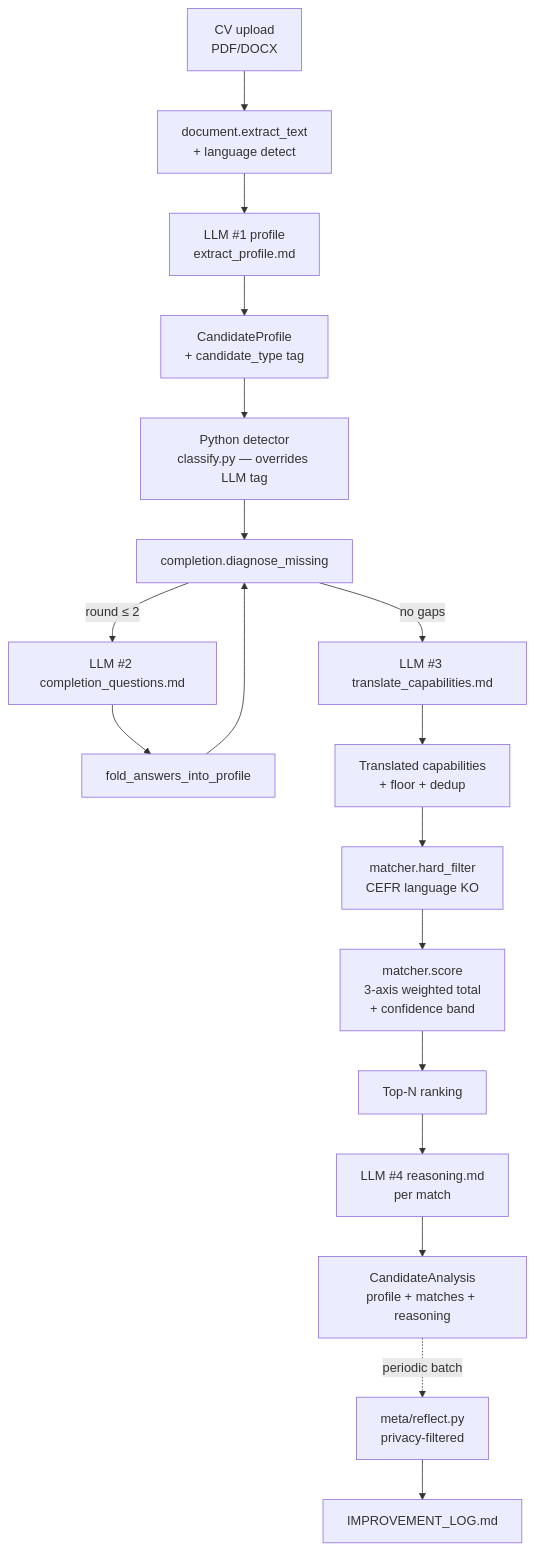
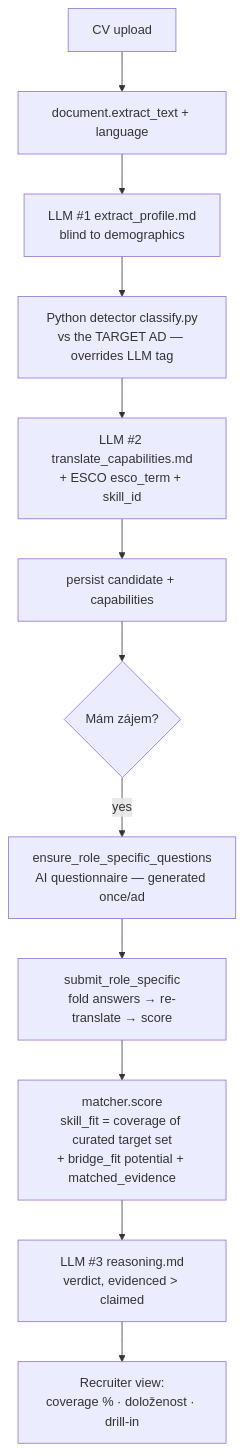
One commit to kuram39/cv-bau-students changed the diagram in README.md. Above: the diagram before and after it, drawn with Mermaid. The commit also changed other lines of this file, not shown here.

First line of the commit message:
docs: rewrite README to current state (single-target MVP, coverage scoring, doloženost, two-pass, Postgres, scoped seed) (#32)

````diff
--- a/README.md
+++ b/README.md
@@ -66,20 +69,14 @@
 ```mermaid
 flowchart TB
-    Upload[CV upload<br/>PDF/DOCX] --> Doc[document.extract_text<br/>+ language detect]
-    Doc --> LLM1[LLM #1 profile<br/>extract_profile.md]
-    LLM1 --> Profile[CandidateProfile<br/>+ candidate_type tag]
-    Profile --> Detector[Python detector<br/>classify.py — overrides LLM tag]
-    Detector --> Diagnose[completion.diagnose_missing]
-    Diagnose -->|round ≤ 2| LLM2[LLM #2 completion_questions.md]
-    LLM2 --> Fold[fold_answers_into_profile]
-    Fold --> Diagnose
-    Diagnose -->|no gaps| LLM3[LLM #3 translate_capabilities.md]
-    LLM3 --> Caps[Translated capabilities<br/>+ floor + dedup]
-    Caps --> HardFilter[matcher.hard_filter<br/>CEFR language KO]
-    HardFilter --> Score[matcher.score<br/>3-axis weighted total<br/>+ confidence band]
-    Score --> Rank[Top-N ranking]
-    Rank --> LLM4[LLM #4 reasoning.md<br/>per match]
-    LLM4 --> Output[CandidateAnalysis<br/>profile + matches + reasoning]
-    Output -.->|periodic batch| Reflect[meta/reflect.py<br/>privacy-filtered]
-    Reflect --> Log[IMPROVEMENT_LOG.md]
+    Upload[CV upload] --> Doc[document.extract_text + language]
+    Doc --> LLM1[LLM #1 extract_profile.md<br/>blind to demographics]
+    LLM1 --> Detector[Python detector classify.py<br/>vs the TARGET AD — overrides LLM tag]
+    Detector --> LLM2[LLM #2 translate_capabilities.md<br/>+ ESCO esco_term + skill_id]
+    LLM2 --> Persist[persist candidate + capabilities]
+    Persist --> Interest{Mám zájem?}
+    Interest -->|yes| Q[ensure_role_specific_questions<br/>AI questionnaire — generated once/ad]
+    Q --> Submit[submit_role_specific<br/>fold answers → re-translate → score]
+    Submit --> Score[matcher.score<br/>skill_fit = coverage of curated target set<br/>+ bridge_fit potential + matched_evidence]
+    Score --> Reason[LLM #3 reasoning.md<br/>verdict, evidenced > claimed]
+    Reason --> Recruiter[Recruiter view:<br/>coverage % · doloženost · drill-in]
 ```
````
